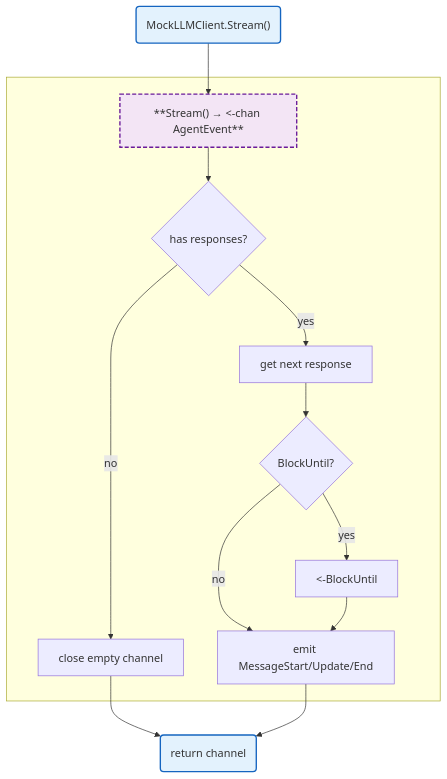
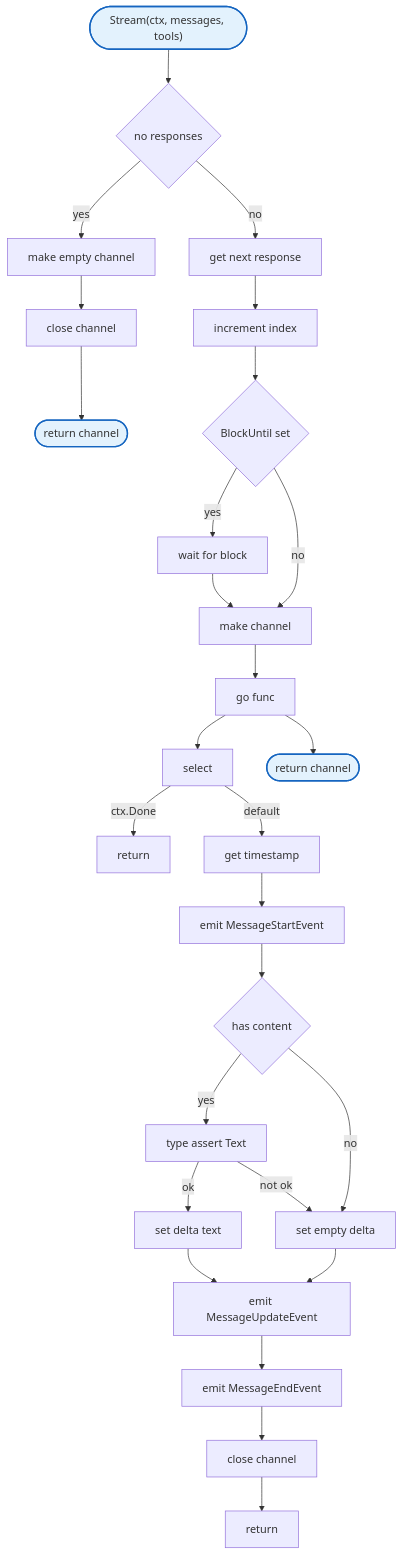
One commit to radch-ai/ava changed the diagram in docs/internal/agent/mock.md. Above: the diagram before and after it, drawn with Mermaid. The commit also changed 24 other files, not shown here.

````diff
--- a/docs/internal/agent/mock.md
+++ b/docs/internal/agent/mock.md
@@ -7,24 +7,33 @@
 ```mermaid
 flowchart TB
-    Start("MockLLMClient.Stream()") --> HStream
-
-    subgraph SGMock [" "]
-        HStream["**Stream() → <-chan AgentEvent**"]
-        HStream --> CheckResponses{has responses?}
-        CheckResponses -->|no| CloseCh["close empty channel"]
-        CheckResponses -->|yes| GetResp["get next response"]
-        GetResp --> CheckBlock{BlockUntil?}
-        CheckBlock -->|yes| Wait["<-BlockUntil"]
-        CheckBlock -->|no| EmitEvents
-        Wait --> EmitEvents["emit MessageStart/Update/End"]
-    end
-
-    CloseCh --> Return("return channel")
-    EmitEvents --> Return
+    Start(["Stream(ctx, messages, tools)"]) --> CheckLen{no responses}
+    CheckLen -->|yes| CreateEmptyCh["make empty channel"]
+    CreateEmptyCh --> CloseEmpty["close channel"]
+    CloseEmpty --> ReturnEmpty(["return channel"])
+    CheckLen -->|no| GetResp["get next response"]
+    GetResp --> IncIndex["increment index"]
+    IncIndex --> CheckBlock{BlockUntil set}
+    CheckBlock -->|yes| Wait["wait for block"]
+    CheckBlock -->|no| CreateCh["make channel"]
+    Wait --> CreateCh
+    CreateCh --> Goroutine["go func"]
+    Goroutine --> CheckCtx1["select"]
+    CheckCtx1 -->|ctx.Done| Return1["return"]
+    CheckCtx1 -->|default| GetTime["get timestamp"]
+    GetTime --> EmitStart["emit MessageStartEvent"]
+    EmitStart --> CheckText{has content}
+    CheckText -->|yes| TypeAssert["type assert Text"]
+    CheckText -->|no| SetDelta["set empty delta"]
+    TypeAssert -->|ok| SetDelta1["set delta text"]
+    TypeAssert -->|not ok| SetDelta
+    SetDelta1 --> EmitUpdate["emit MessageUpdateEvent"]
+    SetDelta --> EmitUpdate
+    EmitUpdate --> EmitEnd["emit MessageEndEvent"]
+    EmitEnd --> CloseCh["close channel"]
+    CloseCh --> Return2["return"]
+    Goroutine --> ReturnCh(["return channel"])
 
     classDef mainFn fill:#e3f2fd,stroke:#1565c0,stroke-width:2px
-    classDef internalFn fill:#f3e5f5,stroke:#6a1b9a,stroke-width:2px,stroke-dasharray:6 3
 
-    class Start,Return mainFn
-    class HStream internalFn
+    class Start,ReturnEmpty,ReturnCh mainFn
 ```
````
